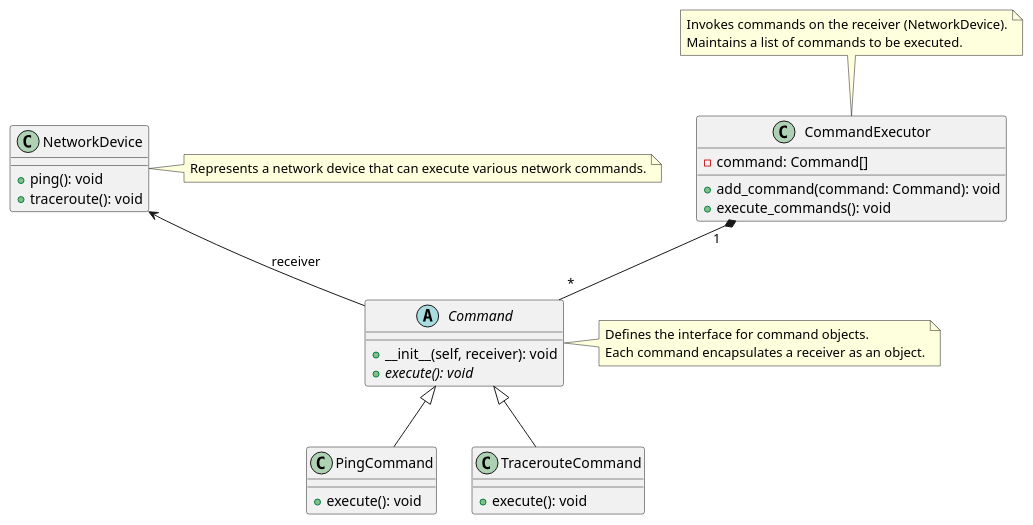
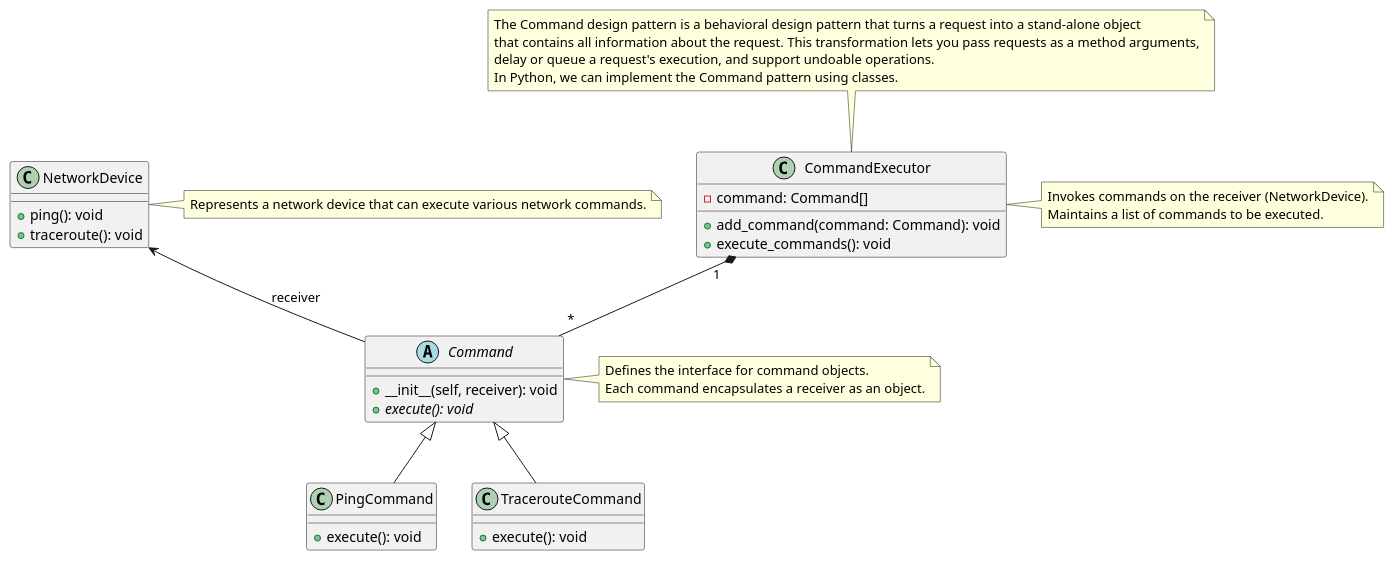
Before and after one commit to paweln1975/python-matt: the diagram in 08-design-patterns/08-behavioral/8.08-command/command.puml, drawn with PlantUML. The commit also changed 3 other files, not shown here.

Commit message:
observer design pattern

```diff
--- a/08-design-patterns/08-behavioral/8.08-command/command.puml
+++ b/08-design-patterns/08-behavioral/8.08-command/command.puml
@@ -1,49 +1,56 @@
 @startuml
 'https://plantuml.com/class-diagram
 
 abstract class Command {
     + __init__(self, receiver): void
     + {abstract} execute(): void
 }
 
 note right of Command
     Defines the interface for command objects.
     Each command encapsulates a receiver as an object.
 end note
 
 class PingCommand {
     + execute(): void
 }
 
 class TracerouteCommand {
     + execute(): void
 }
 
 Command <|-- PingCommand
 Command <|-- TracerouteCommand
 
 
 class NetworkDevice {
     + ping(): void
     + traceroute(): void
 }
 
 note right of NetworkDevice
     Represents a network device that can execute various network commands.
 end note
 
 class CommandExecutor {
     - command: Command[]
     + add_command(command: Command): void
     + execute_commands(): void
 }
 
-note top of CommandExecutor
+note right of CommandExecutor
     Invokes commands on the receiver (NetworkDevice).
     Maintains a list of commands to be executed.
+end note
+
+note top of CommandExecutor
+    The Command design pattern is a behavioral design pattern that turns a request into a stand-alone object
+    that contains all information about the request. This transformation lets you pass requests as a method arguments,
+    delay or queue a request's execution, and support undoable operations.
+    In Python, we can implement the Command pattern using classes.
 end note
 
 CommandExecutor "1" *-- "*" Command
 NetworkDevice <-- Command : receiver
 
 @enduml
```
